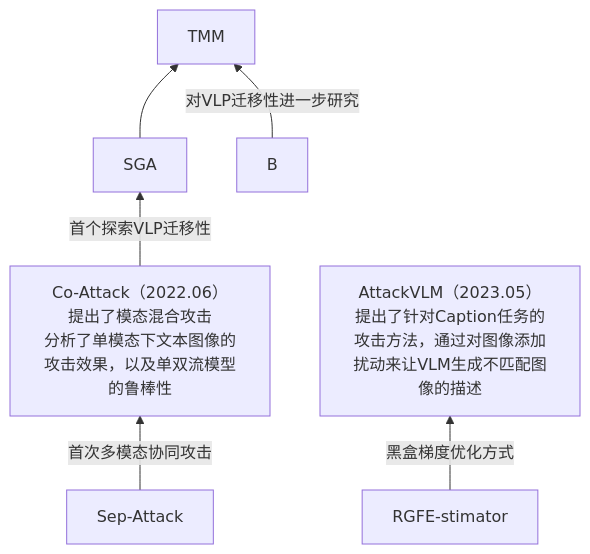
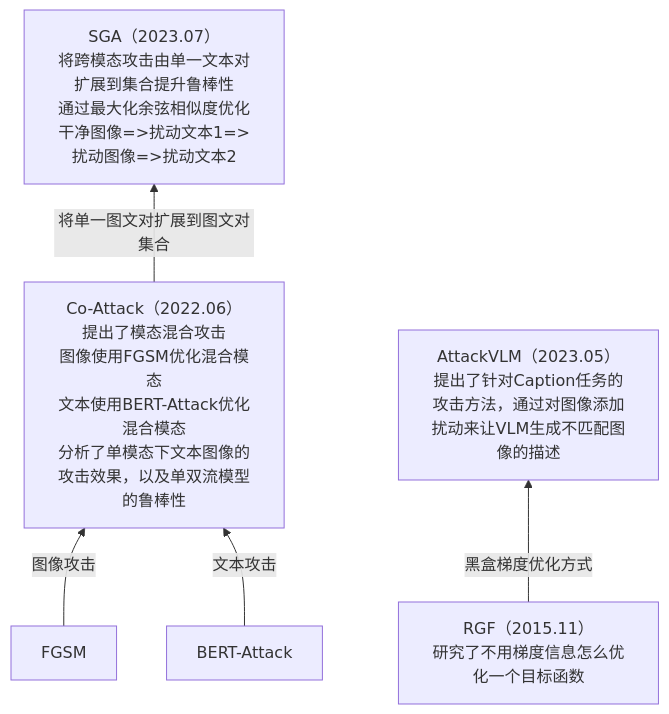
The fourth of 6 diagrams in Attack/Adversarial_Attack/VLP/analyse.md (Elephant-King9/Paper), drawn with Mermaid before and after one commit. The commit also changed other lines of this file and 5 other files, not shown here.

````diff
--- a/Attack/Adversarial_Attack/VLP/analyse.md
+++ b/Attack/Adversarial_Attack/VLP/analyse.md
@@ -41,11 +43,14 @@
 ```mermaid
 flowchart BT
-    A[Sep-Attack]-->|首次多模态协同攻击|Co-Attack -->|首个探索VLP迁移性| C[SGA]-->D
-    B-->|对VLP迁移性进一步研究|D[TMM]
-	  RGFE-stimator-->|黑盒梯度优化方式|AttackVLM
+    FGSM-->|图像攻击|Co-Attack
+    BERT-Attack-->|文本攻击|Co-Attack
+    Co-Attack-->|将单一图文对扩展到图文对集合|SGA
+	  RGF-->|黑盒梯度优化方式|AttackVLM
 	  
 	  
-	  Co-Attack[Co-Attack（2022.06）<br>提出了模态混合攻击<br>分析了单模态下文本图像的攻击效果，以及单双流模型的鲁棒性]
-	  RGFE-stimator[RGFE-stimator]
+	  Co-Attack[Co-Attack（2022.06）<br>提出了模态混合攻击<br>图像使用FGSM优化混合模态<br>文本使用BERT-Attack优化混合模态<br>分析了单模态下文本图像的攻击效果，以及单双流模型的鲁棒性]
 	  AttackVLM[AttackVLM（2023.05）<br>提出了针对Caption任务的攻击方法，通过对图像添加扰动来让VLM生成不匹配图像的描述]
+	  FGSM[FGSM]
+	  RGF[RGF（2015.11）<br>研究了不用梯度信息怎么优化一个目标函数]
+	  SGA[SGA（2023.07）<br>将跨模态攻击由单一文本对扩展到集合提升鲁棒性<br>通过最大化余弦相似度优化<br>干净图像=>扰动文本1=>扰动图像=>扰动文本2]
 ```
````
